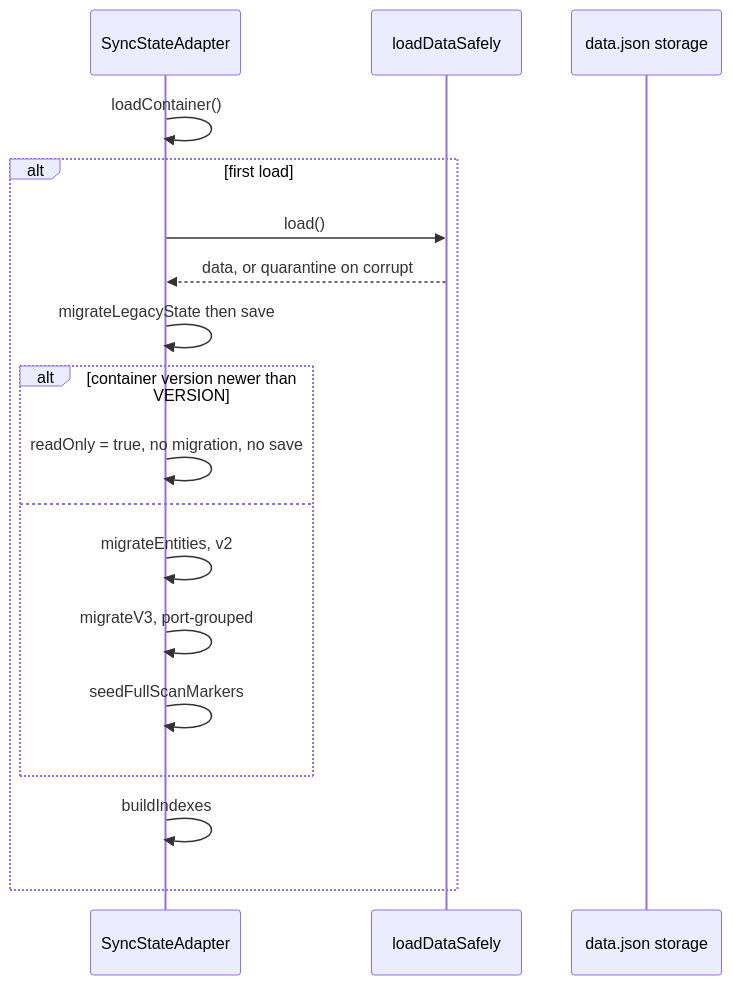
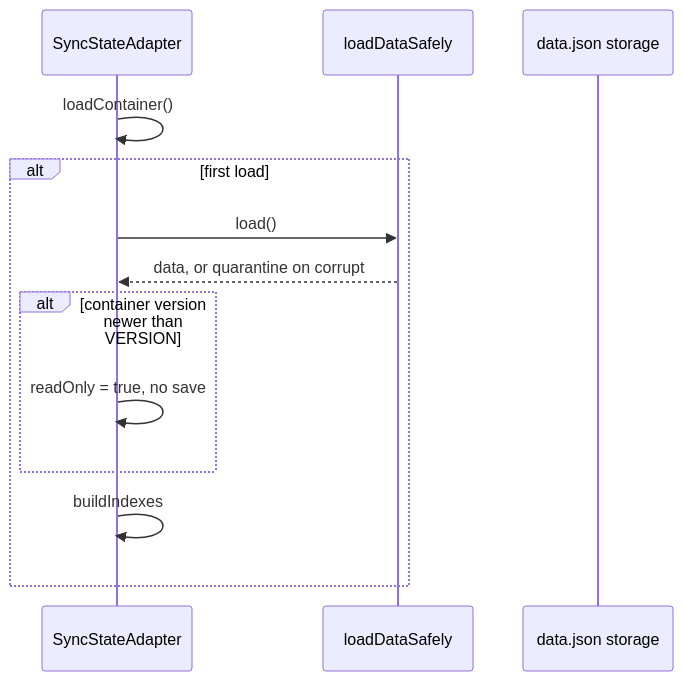
Before and after one commit to 99linesofcode/obsidian-project-management: diagram 19 of 25 in docs/developer-manual.md, drawn with Mermaid. The commit also changed other lines of this file and 52 other files, not shown here.

````diff
--- a/docs/developer-manual.md
+++ b/docs/developer-manual.md
@@ -872,21 +873,16 @@
 ```mermaid
 sequenceDiagram
   participant A as SyncStateAdapter
   participant L as loadDataSafely
   participant S as data.json storage
 
   A->>A: loadContainer()
   alt first load
     A->>L: load()
     L-->>A: data, or quarantine on corrupt
-    A->>A: migrateLegacyState then save
     alt container version newer than VERSION
-      A->>A: readOnly = true, no migration, no save
-    else
-      A->>A: migrateEntities, v2
-      A->>A: migrateV3, port-grouped
-      A->>A: seedFullScanMarkers
+      A->>A: readOnly = true, no save
     end
     A->>A: buildIndexes
   end
 ```
````
